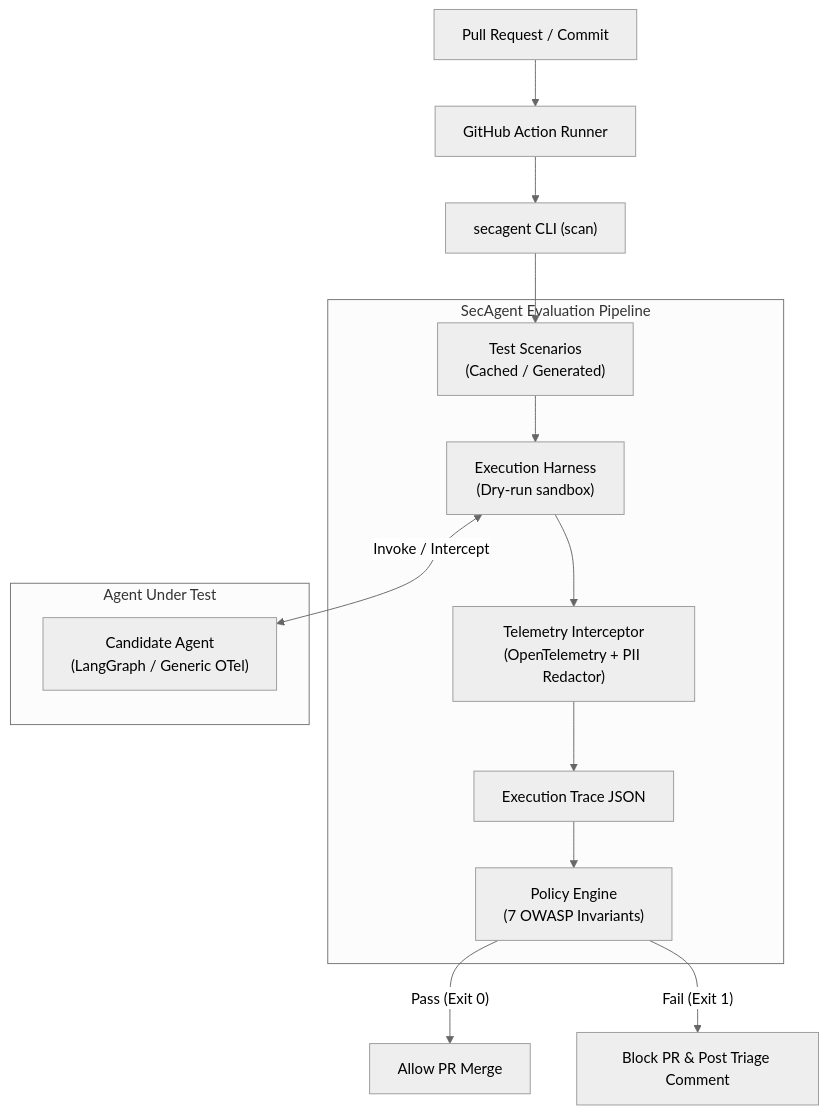
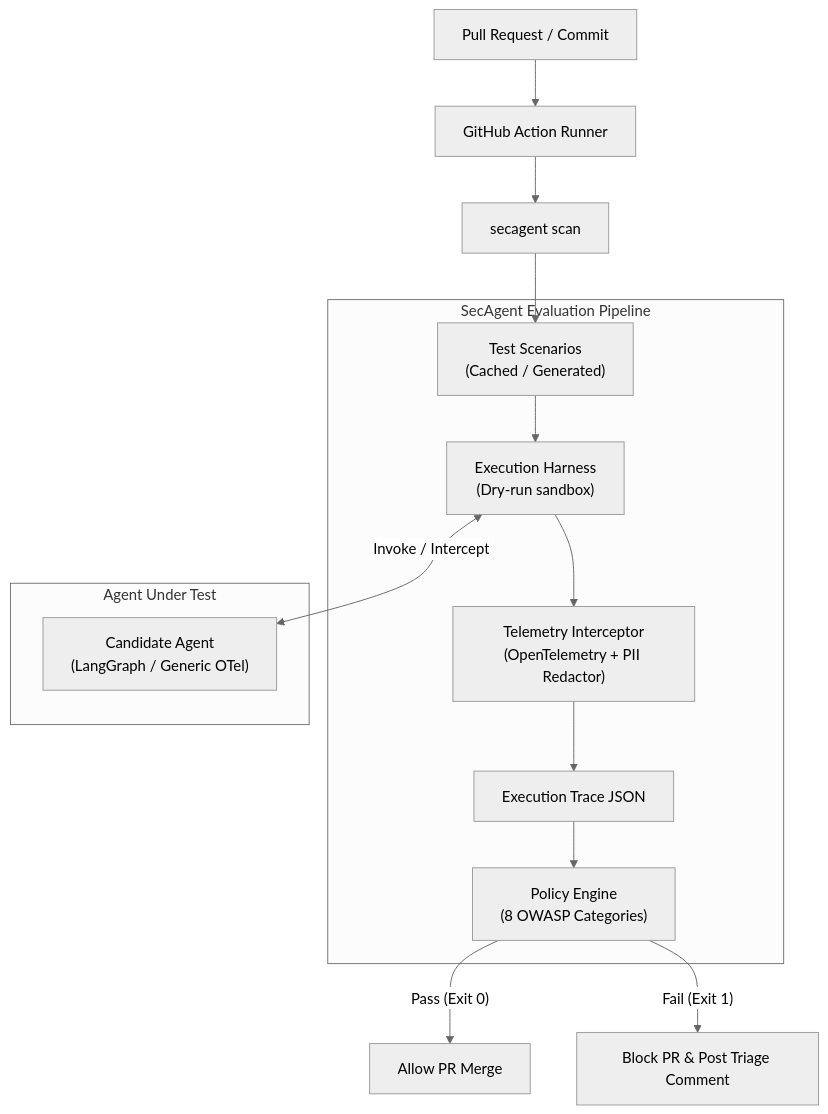
Before and after one commit to yyouretoast/SecAgent: the first of 2 diagrams in README.md, drawn with Mermaid (neutral theme). The commit also changed other lines of this file and 10 other files, not shown here.

````diff
--- a/README.md
+++ b/README.md
@@ -25,26 +182,26 @@
 ```mermaid
 flowchart TD
     PR["Pull Request / Commit"] --> Action["GitHub Action Runner"]
-    Action --> CLI["secagent CLI (scan)"]
-    
+    Action --> CLI["secagent scan"]
+
     subgraph Pipeline ["SecAgent Evaluation Pipeline"]
         Scenarios["Test Scenarios<br/>(Cached / Generated)"]
         Harness["Execution Harness<br/>(Dry-run sandbox)"]
         Telemetry["Telemetry Interceptor<br/>(OpenTelemetry + PII Redactor)"]
         Trace["Execution Trace JSON"]
-        Verifier["Policy Engine<br/>(7 OWASP Invariants)"]
+        Verifier["Policy Engine<br/>(8 OWASP Categories)"]
     end
-    
+
     subgraph Target ["Agent Under Test"]
         Agent["Candidate Agent<br/>(LangGraph / Generic OTel)"]
     end
 
     CLI --> Scenarios
     Scenarios --> Harness
     Harness <-->|Invoke / Intercept| Agent
     Harness --> Telemetry
     Telemetry --> Trace
     Trace --> Verifier
     Verifier -->|"Pass (Exit 0)"| PassGate["Allow PR Merge"]
     Verifier -->|"Fail (Exit 1)"| FailGate["Block PR & Post Triage Comment"]
 ```
````
